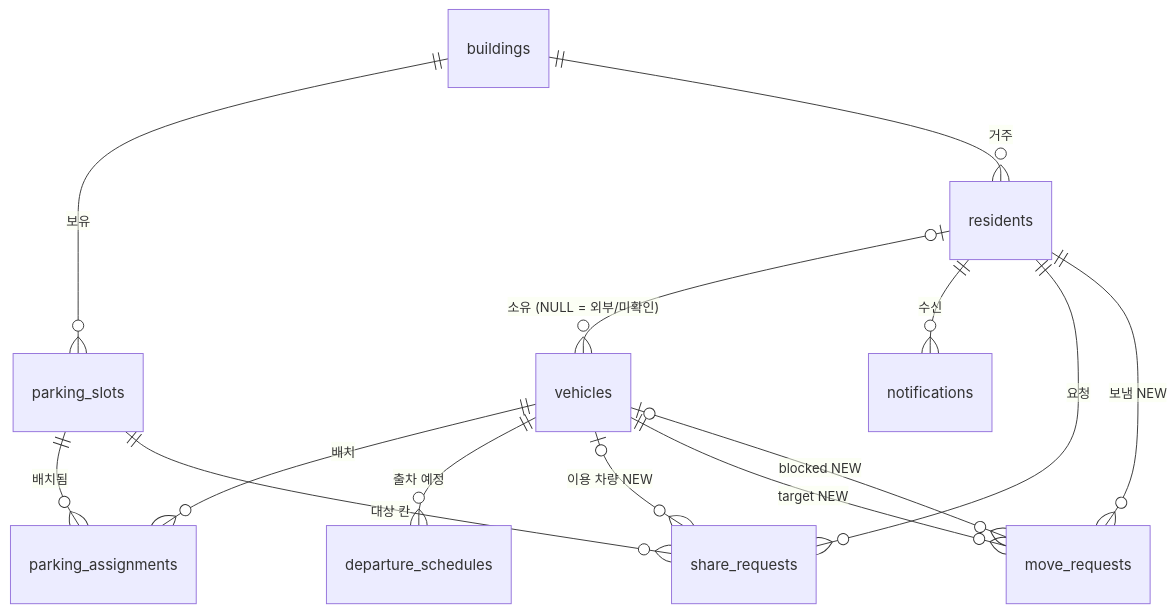
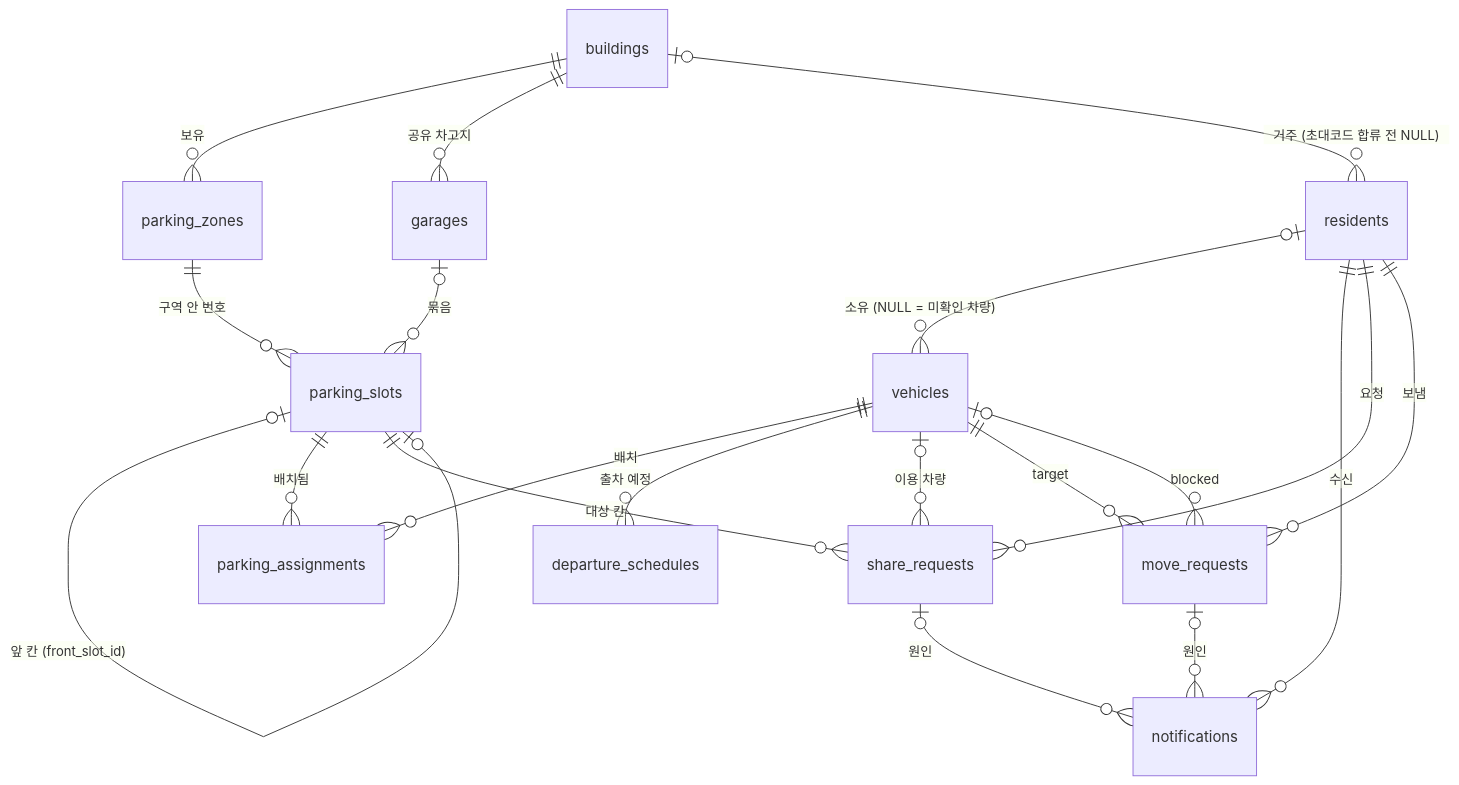
One commit to 2026-KW-HACKATHON/32_Wolgye-debugging-backend changed the diagram in docs/db-design-issues.md. Above: the diagram before and after it, drawn with Mermaid. The commit also changed other lines of this file and 27 other files, not shown here.

````diff
--- a/docs/db-design-issues.md
+++ b/docs/db-design-issues.md
@@ -21,16 +12,22 @@
 ```mermaid
 erDiagram
-    buildings ||--o{ parking_slots : "보유"
-    buildings ||--o{ residents : "거주"
-    residents |o--o{ vehicles : "소유 (NULL = 외부/미확인)"
+    buildings ||--o{ parking_zones : "보유"
+    buildings ||--o{ garages : "공유 차고지"
+    buildings |o--o{ residents : "거주 (초대코드 합류 전 NULL)"
+    parking_zones ||--o{ parking_slots : "구역 안 번호"
+    garages |o--o{ parking_slots : "묶음"
+    parking_slots |o--o| parking_slots : "앞 칸 (front_slot_id)"
+    residents |o--o{ vehicles : "소유 (NULL = 미확인 차량)"
     residents ||--o{ notifications : "수신"
     residents ||--o{ share_requests : "요청"
-    residents ||--o{ move_requests : "보냄 NEW"
+    residents ||--o{ move_requests : "보냄"
     parking_slots ||--o{ parking_assignments : "배치됨"
     parking_slots ||--o{ share_requests : "대상 칸"
     vehicles ||--o{ parking_assignments : "배치"
     vehicles ||--o{ departure_schedules : "출차 예정"
-    vehicles |o--o{ share_requests : "이용 차량 NEW"
-    vehicles ||--o{ move_requests : "target NEW"
-    vehicles |o--o{ move_requests : "blocked NEW"
+    vehicles |o--o{ share_requests : "이용 차량"
+    vehicles ||--o{ move_requests : "target"
+    vehicles |o--o{ move_requests : "blocked"
+    share_requests |o--o{ notifications : "원인"
+    move_requests |o--o{ notifications : "원인"
 ```
````
